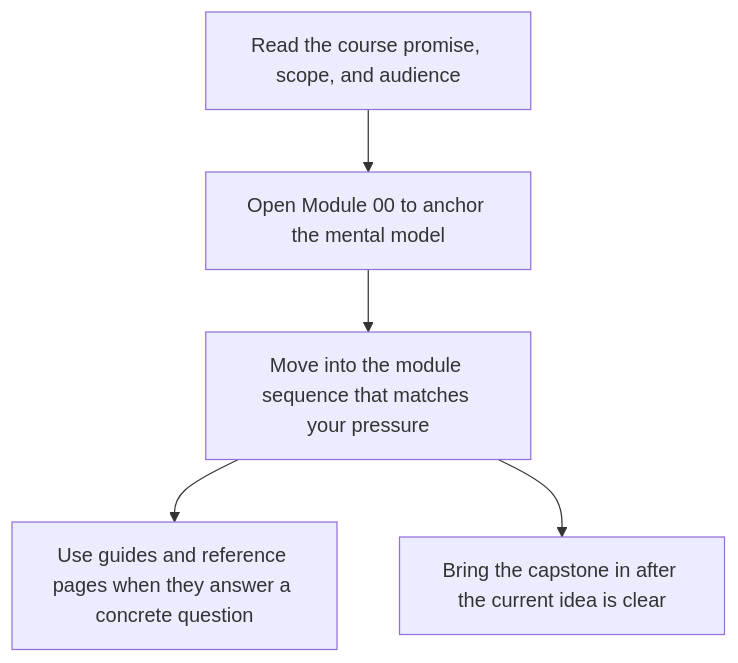
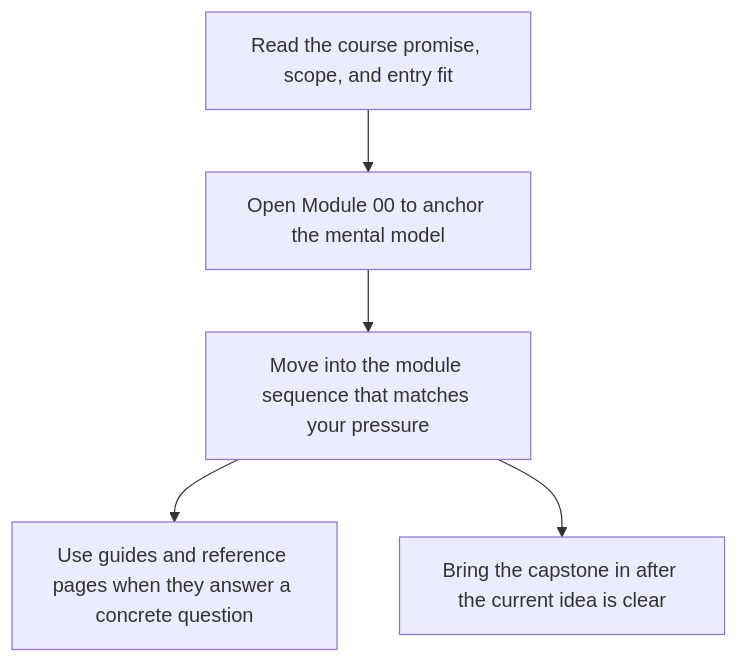
The second of 2 diagrams in programs/python-programming/python-functional-programming/course-book/index.md (bijux/bijux-masterclass), drawn with Mermaid before and after one commit. The commit also changed 1 other file, not shown here.

Commit message:
fix(docs): remove final audience labels

````diff
--- a/programs/python-programming/python-functional-programming/course-book/index.md
+++ b/programs/python-programming/python-functional-programming/course-book/index.md
@@ -19,7 +19,7 @@
 ```mermaid
 flowchart TD
-  promise["Read the course promise, scope, and audience"] --> orientation["Open Module 00 to anchor the mental model"]
+  promise["Read the course promise, scope, and entry fit"] --> orientation["Open Module 00 to anchor the mental model"]
   orientation --> modules["Move into the module sequence that matches your pressure"]
   modules --> support["Use guides and reference pages when they answer a concrete question"]
   modules --> capstone["Bring the capstone in after the current idea is clear"]
 ```
````
